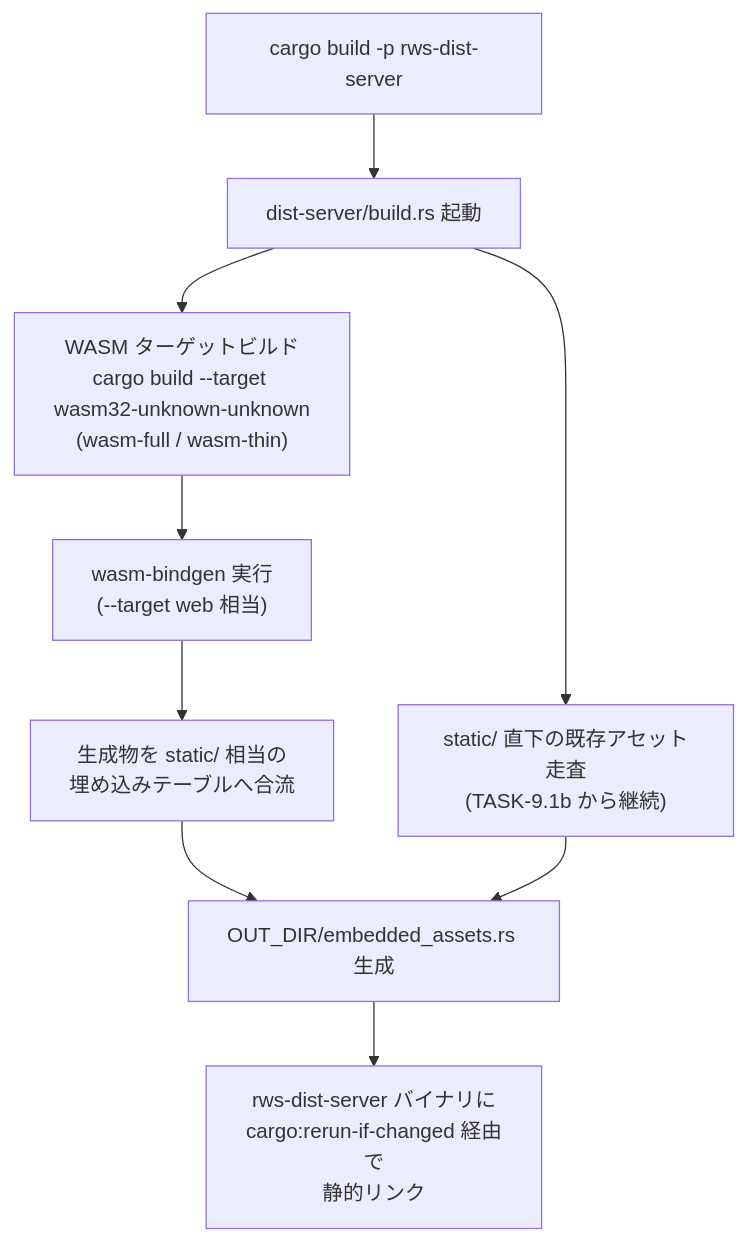
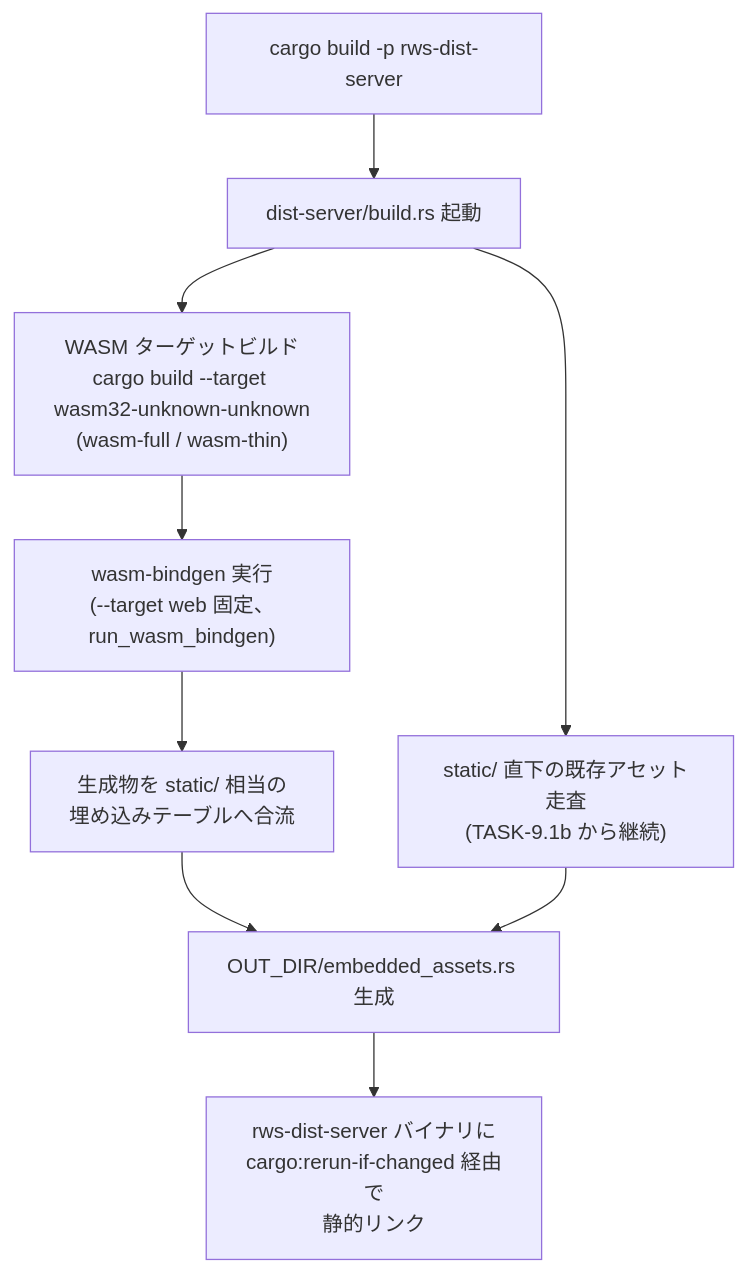
One commit to Fandhe-AI/fandhe-frontend changed the diagram in docs/wasm-build-integration.md. Above: the diagram before and after it, drawn with Mermaid. The commit also changed other lines of this file, not shown here.

First line of the commit message:
docs(global): wasm-bindgen --target web / nodejs 2 ビルド出力の使い分け DX 設計 (#220)

````diff
--- a/docs/wasm-build-integration.md
+++ b/docs/wasm-build-integration.md
@@ -113,11 +125,11 @@
 ```mermaid
 flowchart TD
     A["cargo build -p rws-dist-server"] --> B["dist-server/build.rs 起動"]
     B --> C["WASM ターゲットビルド\ncargo build --target wasm32-unknown-unknown\n(wasm-full / wasm-thin)"]
-    C --> D["wasm-bindgen 実行\n(--target web 相当)"]
+    C --> D["wasm-bindgen 実行\n(--target web 固定、run_wasm_bindgen)"]
     D --> E["生成物を static/ 相当の\n埋め込みテーブルへ合流"]
     B --> F["static/ 直下の既存アセット走査\n(TASK-9.1b から継続)"]
     E --> G["OUT_DIR/embedded_assets.rs 生成"]
     F --> G
     G --> H["rws-dist-server バイナリに\ncargo:rerun-if-changed 経由で\n静的リンク"]
 ```
````
